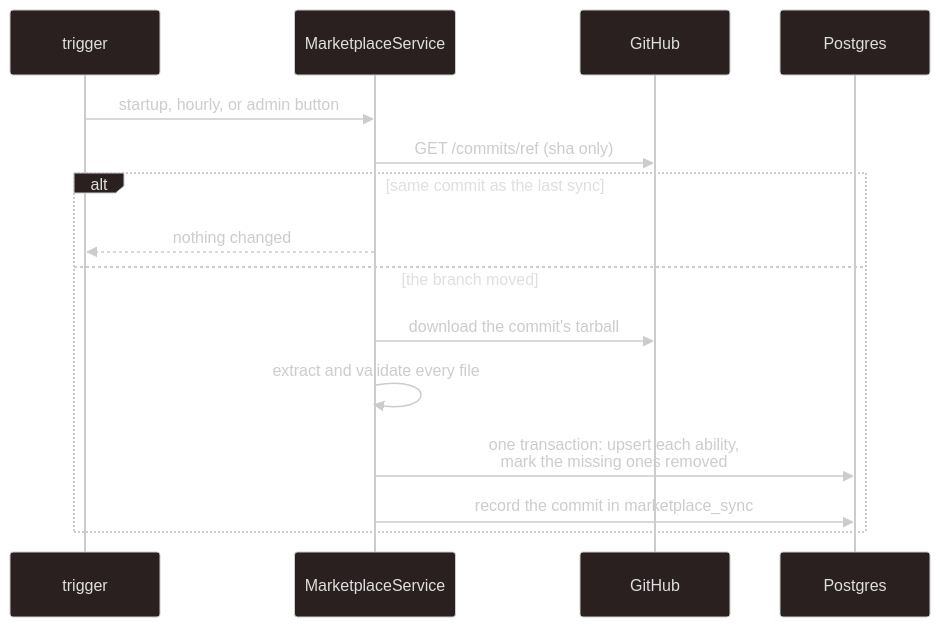
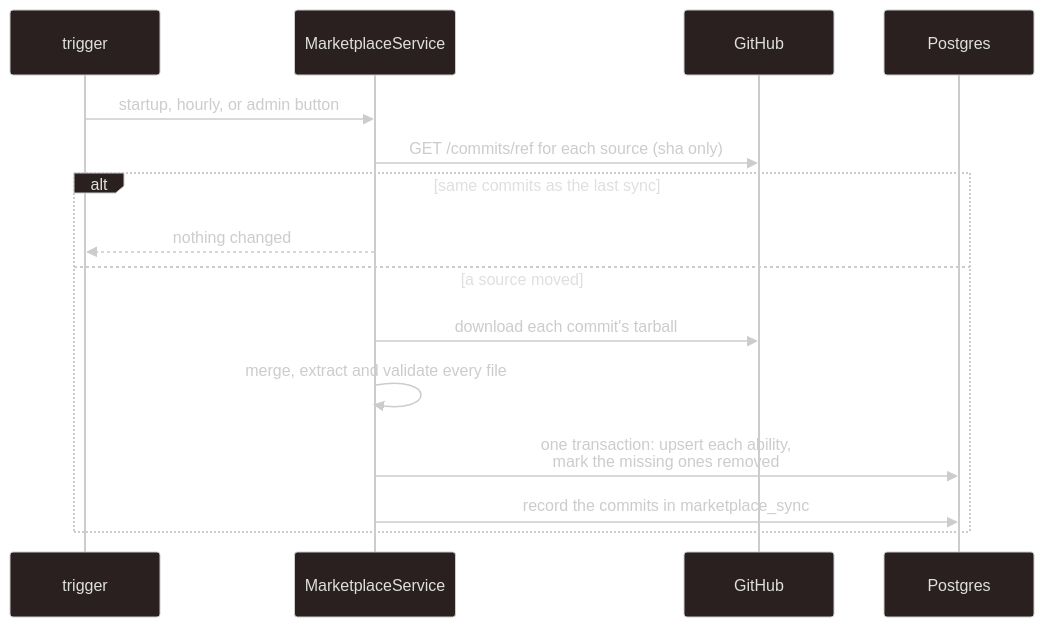
One commit to kajaio/docs changed the fourth of 4 diagrams in development/marketplace.md. Above: the diagram before and after it, drawn with Mermaid. The commit also changed other lines of this file and 30 other files, not shown here.

````diff
--- a/development/marketplace.md
+++ b/development/marketplace.md
@@ -98,23 +116,23 @@
 ```mermaid
 ---
 config:
   look: handDrawn
   theme: neo-dark
 ---
 sequenceDiagram
     participant T as trigger
     participant S as MarketplaceService
     participant G as GitHub
     participant D as Postgres
 
     T->>S: startup, hourly, or admin button
-    S->>G: GET /commits/ref (sha only)
-    alt same commit as the last sync
+    S->>G: GET /commits/ref for each source (sha only)
+    alt same commits as the last sync
         S-->>T: nothing changed
-    else the branch moved
-        S->>G: download the commit's tarball
-        S->>S: extract and validate every file
+    else a source moved
+        S->>G: download each commit's tarball
+        S->>S: merge, extract and validate every file
         S->>D: one transaction: upsert each ability,<br/>mark the missing ones removed
-        S->>D: record the commit in marketplace_sync
+        S->>D: record the commits in marketplace_sync
     end
 ```
````
